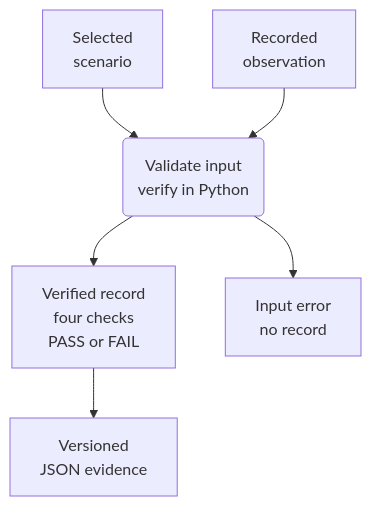
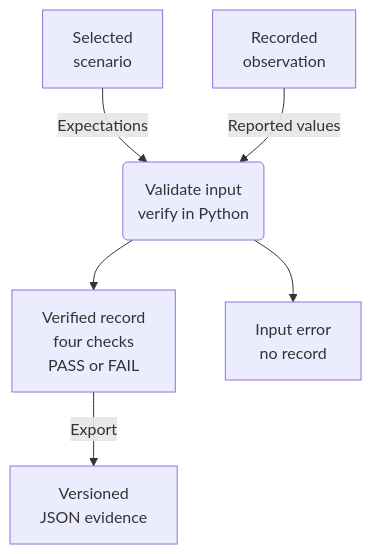
The diagram in README.md (NikolayAir/OrbiRig), drawn with Mermaid before and after one commit.

Commit message:
docs(readme): clarify verification inputs and JSON export

````diff
--- a/README.md
+++ b/README.md
@@ -45,10 +45,10 @@
 ```mermaid
 flowchart TD
     accTitle: Verification overview
     accDescr: An explicitly selected scenario and a recorded observation are separate inputs to Python validation and verification. Valid, compatible input produces a record with four checks and a PASS or FAIL outcome, ready for JSON export. Invalid or incompatible input produces an error without a verified record.
-    scenario["Selected<br/>scenario"] --> verifier("Validate input<br/>verify in Python")
-    observation["Recorded<br/>observation"] --> verifier
+    scenario["Selected<br/>scenario"] -->|Expectations| verifier("Validate input<br/>verify in Python")
+    observation["Recorded<br/>observation"] -->|Reported values| verifier
     verifier --> record["Verified record<br/>four checks<br/>PASS or FAIL"]
     verifier --> error["Input error<br/>no record"]
-    record --> evidence["Versioned<br/>JSON evidence"]
+    record -->|Export| evidence["Versioned<br/>JSON evidence"]
 ```
````
